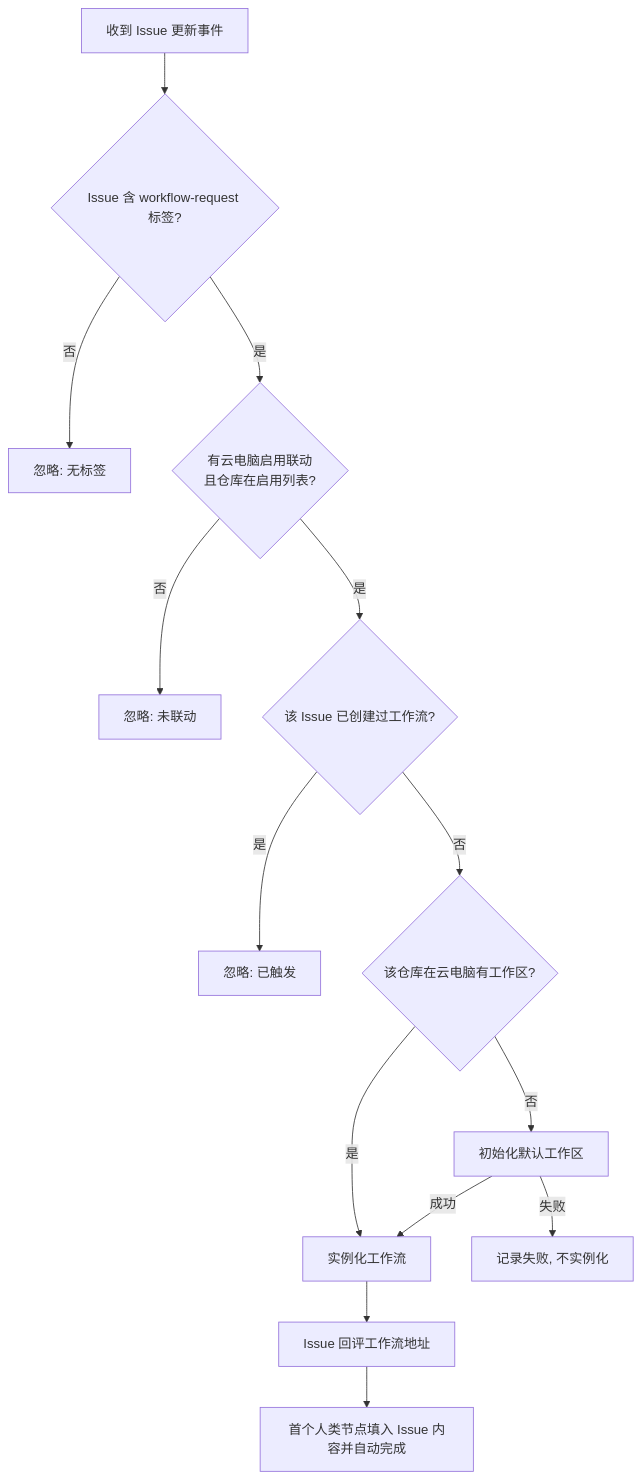
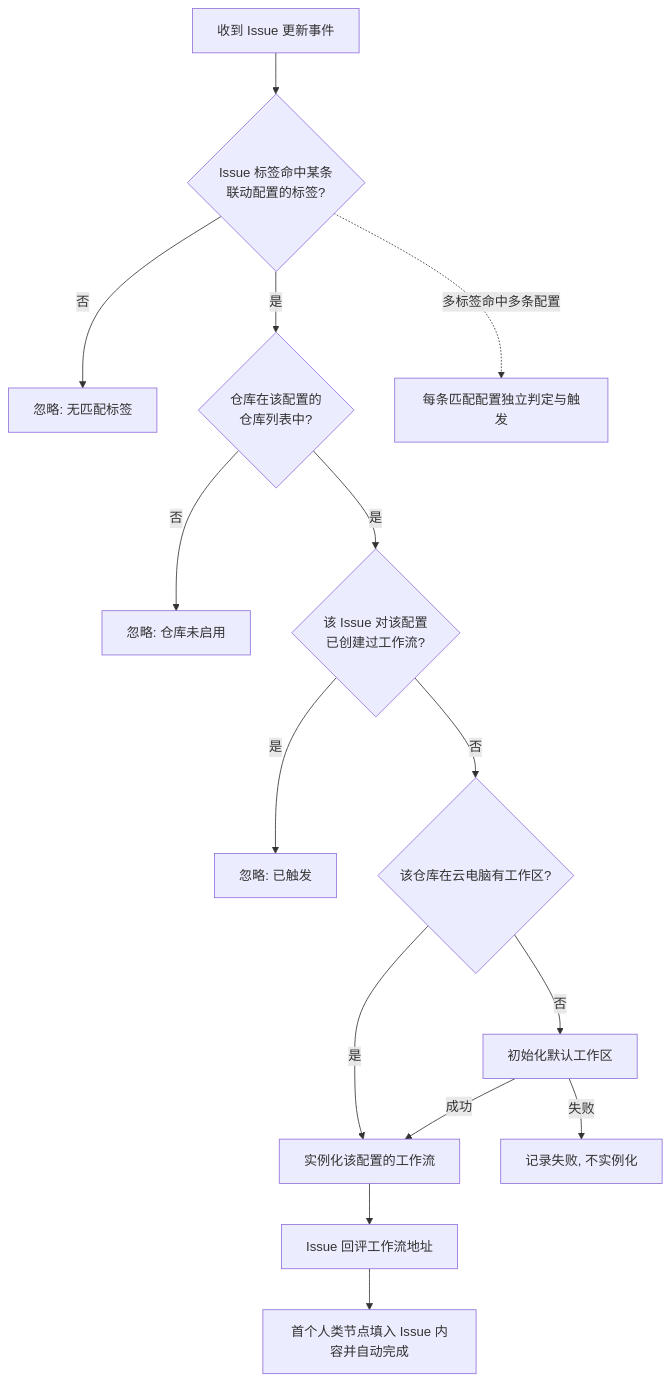
One commit to Deliay/z-agent-gear changed the second of 2 diagrams in docs/product/draft/20261025-github-issues-workflow.md. Above: the diagram before and after it, drawn with Mermaid. The commit also changed other lines of this file and 3 other files, not shown here.

````diff
--- a/docs/product/draft/20261025-github-issues-workflow.md
+++ b/docs/product/draft/20261025-github-issues-workflow.md
@@ -149,16 +185,17 @@
 ```mermaid
 flowchart TD
-    E[收到 Issue 更新事件] --> F{Issue 含 workflow-request 标签?}
-    F -->|否| I1[忽略: 无标签]
-    F -->|是| G{有云电脑启用联动<br/>且仓库在启用列表?}
-    G -->|否| I2[忽略: 未联动]
-    G -->|是| H{该 Issue 已创建过工作流?}
+    E[收到 Issue 更新事件] --> F{Issue 标签命中某条<br/>联动配置的标签?}
+    F -->|否| I1[忽略: 无匹配标签]
+    F -->|是| G{仓库在该配置的<br/>仓库列表中?}
+    G -->|否| I2[忽略: 仓库未启用]
+    G -->|是| H{该 Issue 对该配置<br/>已创建过工作流?}
     H -->|是| I3[忽略: 已触发]
     H -->|否| J{该仓库在云电脑有工作区?}
     J -->|否| K[初始化默认工作区]
-    J -->|是| L[实例化工作流]
+    J -->|是| L[实例化该配置的工作流]
     K -->|成功| L
     K -->|失败| X[记录失败, 不实例化]
     L --> M[Issue 回评工作流地址]
     M --> N[首个人类节点填入 Issue 内容并自动完成]
+    F -.->|多标签命中多条配置| O[每条匹配配置独立判定与触发]
 ```
````
